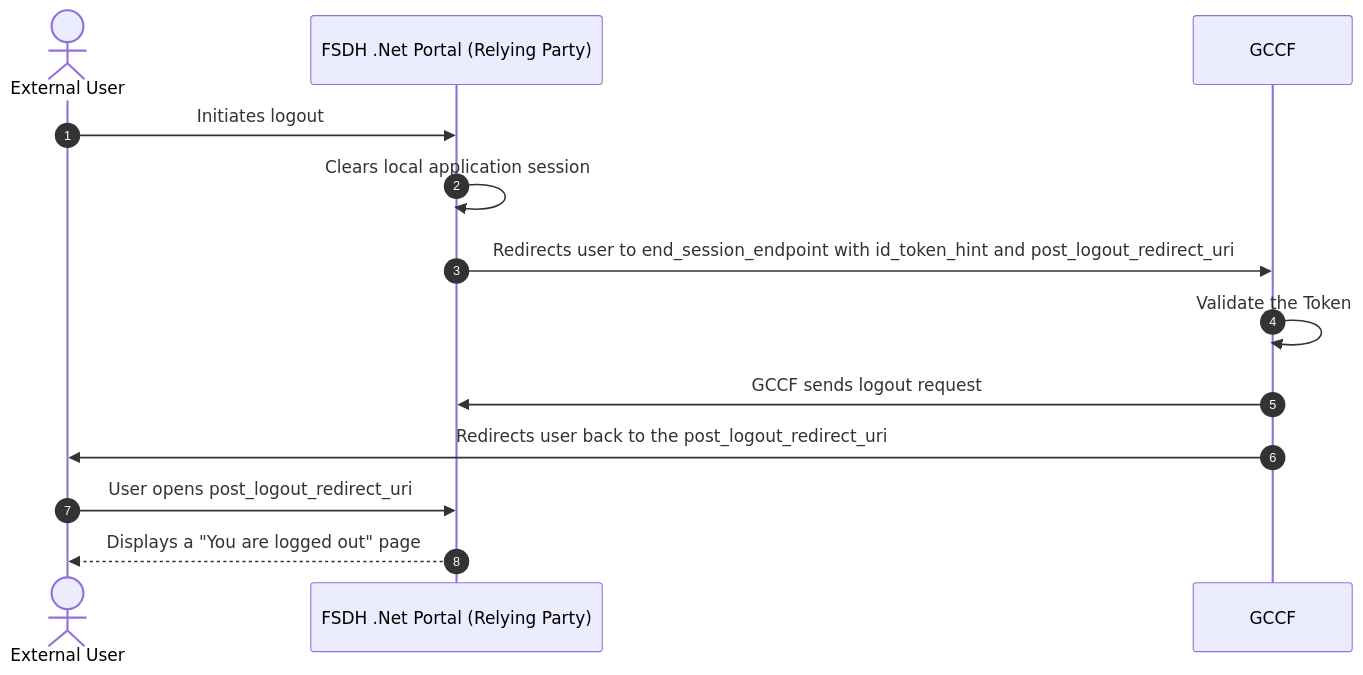
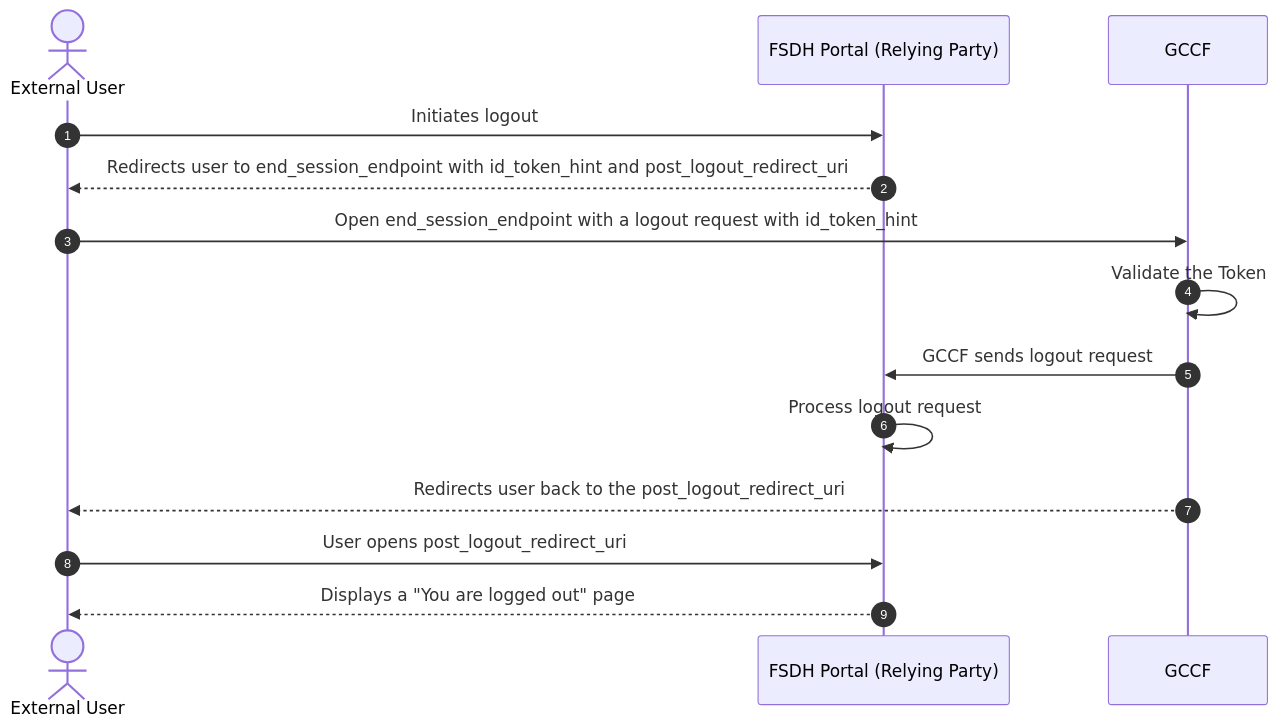
One commit to ssc-sp/datahub-docs changed the third of 6 diagrams in DeveloperGuide/GCCF/oidc_flow.md. Above: the diagram before and after it, drawn with Mermaid. The commit also changed other lines of this file, not shown here.

````diff
--- a/DeveloperGuide/GCCF/oidc_flow.md
+++ b/DeveloperGuide/GCCF/oidc_flow.md
@@ -66,15 +67,16 @@
 ```mermaid
 sequenceDiagram
     actor User as External User
-    participant FSDH as FSDH .Net Portal (Relying Party)
+    participant FSDH as FSDH Portal (Relying Party)
 
     autonumber
     User->>FSDH: Initiates logout
-    FSDH->>FSDH: Clears local application session
-    FSDH->>GCCF: Redirects user to end_session_endpoint with id_token_hint and post_logout_redirect_uri
+    FSDH-->>User: Redirects user to end_session_endpoint with id_token_hint and post_logout_redirect_uri
+    User->>GCCF: Open end_session_endpoint with a logout request with id_token_hint
     GCCF->>GCCF: Validate the Token
     GCCF->>FSDH: GCCF sends logout request
-    GCCF->>User: Redirects user back to the post_logout_redirect_uri
+    FSDH->>FSDH: Process logout request
+    GCCF-->>User: Redirects user back to the post_logout_redirect_uri
     User->>FSDH: User opens post_logout_redirect_uri
-    FSDH-->>User: Displays a "You are logged out" page    
+    FSDH-->>User: Displays a "You are logged out" page
 ```
````
